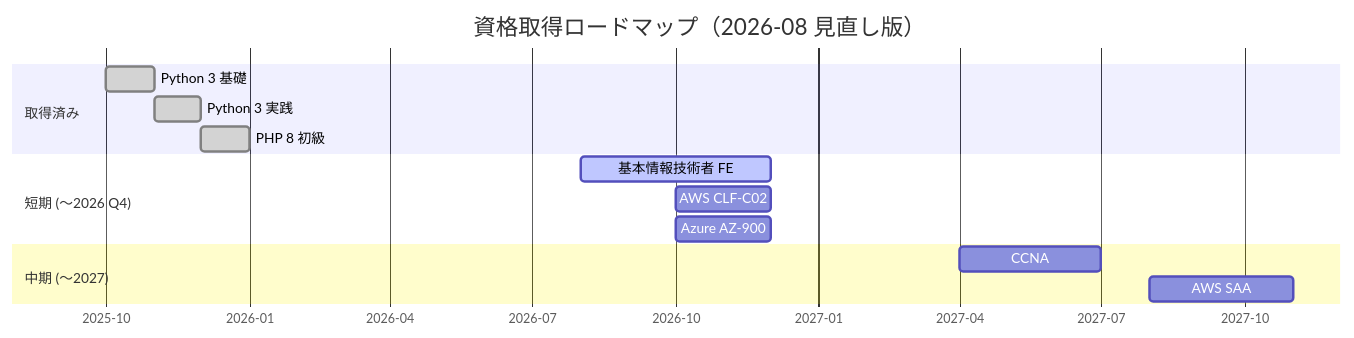
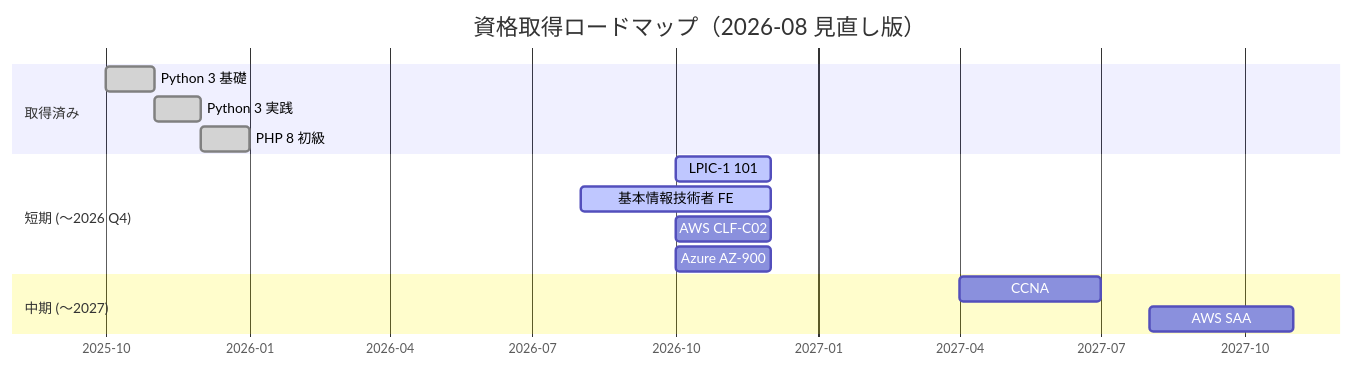
One commit to ns7jp/ns7jp changed the diagram in docs/certifications/roadmap.md. Above: the diagram before and after it, drawn with Mermaid. The commit also changed other lines of this file and 6 other files, not shown here.

````diff
--- a/docs/certifications/roadmap.md
+++ b/docs/certifications/roadmap.md
@@ -77,20 +89,21 @@
 ```mermaid
 gantt
     title 資格取得ロードマップ（2026-08 見直し版）
     dateFormat YYYY-MM
     axisFormat %Y-%m
 
     section 取得済み
     Python 3 基礎      :done, p1, 2025-10, 2025-11
     Python 3 実践      :done, p2, 2025-11, 2025-12
     PHP 8 初級         :done, p3, 2025-12, 2026-01
 
     section 短期 (〜2026 Q4)
+    LPIC-1 101         :active, l1, 2026-10, 2M
     基本情報技術者 FE   :active, f1, 2026-08, 2026-12
     AWS CLF-C02        :acp1, 2026-10, 2M
     Azure AZ-900       :az1, 2026-10, 2M
 
     section 中期 (〜2027)
     CCNA               :c1, 2027-04, 3M
     AWS SAA            :a1, 2027-08, 3M
 ```
````
